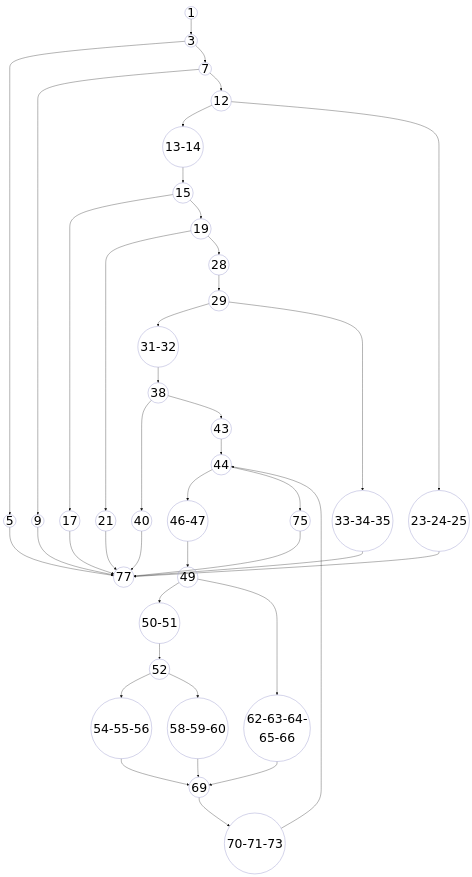
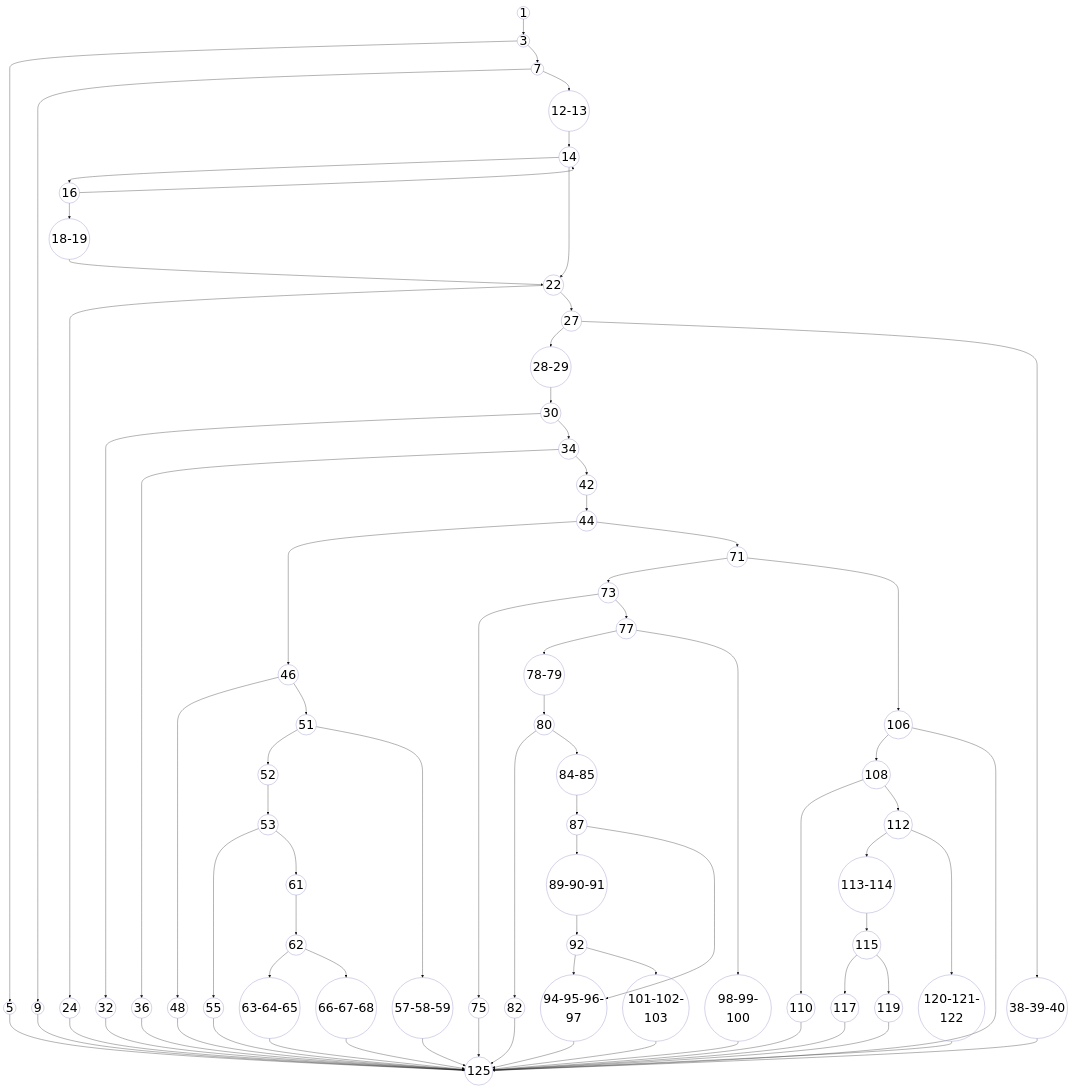
One commit to aryanhrc3428/Semester-5 changed the diagram in SE/ideathon/pseudocode/flowcharts/UC-11.mmd. Above: the diagram before and after it, drawn with Mermaid. The commit also changed 47 other files, not shown here.

```diff
--- a/SE/ideathon/pseudocode/flowcharts/UC-11.mmd
+++ b/SE/ideathon/pseudocode/flowcharts/UC-11.mmd
@@ -1,73 +1,121 @@
 ---
 config:
   theme: base
   themeVariables:
     fontSize: '40px'
 ---
 graph TD
     %% Base styling matching the reference CFG style
     classDef default fill:none,stroke:#a3a3d1,stroke-width:1.5px,color:#000;
     
     1((1)) --> 3((3))
     
     3 --> 5((5))
     3 --> 7((7))
     
     7 --> 9((9))
-    7 --> 12((12))
+    7 --> 12-13((12-13))
     
-    12 --> 13-14((13-14))
-    12 --> 23-24-25((23-24-25))
+    12-13 --> 14((14))
     
-    13-14 --> 15((15))
+    14 --> 16((16))
+    14 --> 22((22))
     
-    15 --> 17((17))
-    15 --> 19((19))
+    16 --> 18-19((18-19))
+    16 --> 14
     
-    19 --> 21((21))
-    19 --> 28((28))
+    18-19 --> 22
     
-    28 --> 29((29))
+    22 --> 24((24))
+    22 --> 27((27))
     
-    29 --> 31-32((31-32))
-    29 --> 33-34-35((33-34-35))
+    27 --> 28-29((28-29))
+    27 --> 38-39-40((38-39-40))
     
-    31-32 --> 38((38))
+    28-29 --> 30((30))
     
-    38 --> 40((40))
-    38 --> 43((43))
+    30 --> 32((32))
+    30 --> 34((34))
     
-    43 --> 44((44))
+    34 --> 36((36))
+    34 --> 42((42))
     
-    44 --> 46-47((46-47))
-    44 --> 75((75))
-
-    46-47 --> 49((49))
+    42 --> 44((44))
     
-    49 --> 50-51((50-51))
-    49 --> 62-63-64-65-66((62-63-64-65-66))
+    %% Branch: Create Entry
+    44 --> 46((46))
+    44 --> 71((71))
     
-    50-51 --> 52((52))
+    46 --> 48((48))
+    46 --> 51((51))
     
-    52 --> 54-55-56((54-55-56))
-    52 --> 58-59-60((58-59-60))
+    51 --> 52((52))
+    52 --> 53((53))
+    51 --> 57-58-59((57-58-59))
     
-    54-55-56 --> 69((69))
+    53 --> 55((55))
+    53 --> 61((61))
+    61 --> 62((62))
     
-    58-59-60 --> 69
+    62 --> 63-64-65((63-64-65))
+    62 --> 66-67-68((66-67-68))
     
-    62-63-64-65-66 --> 69
+    %% Branch: Update Entry
+    71 --> 73((73))
+    71 --> 106((106))
     
-    69 --> 70-71-73((70-71-73))
+    73 --> 75((75))
+    73 --> 77((77))
     
-    70-71-73 --> 44
+    77 --> 78-79((78-79))
+    77 --> 98-99-100((98-99-100))
     
-    %% Terminal error returns and catches syncing to the final end node (77)
-    5 --> 77((77))
-    9 --> 77
-    17 --> 77
-    21 --> 77
-    23-24-25 --> 77
-    33-34-35 --> 77
-    40 --> 77
-    75 --> 77
+    78-79 --> 80((80))
+    
+    80 --> 82((82))
+    80 --> 84-85((84-85))
+    
+    84-85 --> 87((87))
+    
+    87 --> 89-90-91((89-90-91))
+    87 --> 94-95-96-97((94-95-96-97))
+    89-90-91 --> 92((92))
+    92 --> 94-95-96-97
+    92 --> 101-102-103((101-102-103))
+    
+    %% Branch: Deactivate Entry
+    106 --> 108((108))
+    106 --> 125((125))
+    
+    108 --> 110((110))
+    108 --> 112((112))
+    
+    112 --> 113-114((113-114))
+    112 --> 120-121-122((120-121-122))
+    
+    113-114 --> 115((115))
+    
+    115 --> 117((117))
+    115 --> 119((119))
+    
+    %% Terminal error returns and catches syncing to the final end node (125)
+    5 --> 125((125))
+    9 --> 125
+    24 --> 125
+    32 --> 125
+    36 --> 125
+    38-39-40 --> 125
+    48 --> 125
+    55 --> 125
+    57-58-59 --> 125
+    63-64-65 --> 125
+    66-67-68 --> 125
+    75 --> 125
+    82 --> 125
+    94-95-96-97 --> 125
+    98-99-100 --> 125
+    101-102-103 --> 125
+    110 --> 125
+    117 --> 125
+    119 --> 125
+    120-121-122 --> 125
```
